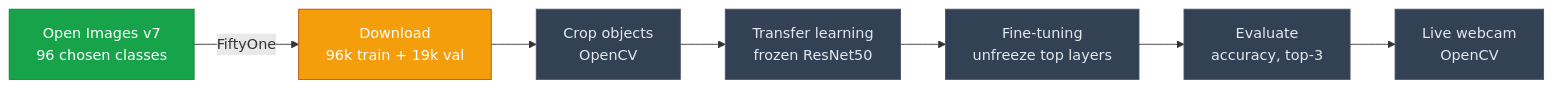
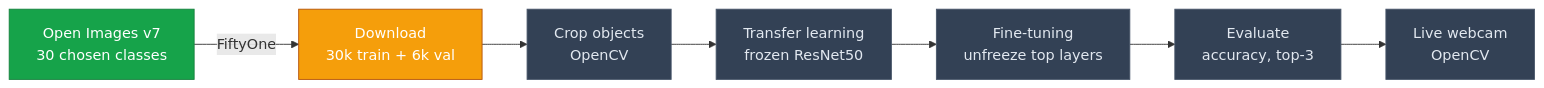
The diagram in README.md (python-is-life2022/image-classification-resnet-finetuning), drawn with Mermaid before and after one commit. The commit also changed other lines of this file, not shown here.

````diff
--- a/README.md
+++ b/README.md
@@ -37,16 +37,16 @@
 ```mermaid
 flowchart LR
-    A["Open Images v7<br/>96 chosen classes"] -->|FiftyOne| B["Download<br/>96k train + 19k val"]
+    A["Open Images v7<br/>30 chosen classes"] -->|FiftyOne| B["Download<br/>30k train + 6k val"]
     B --> C["Crop objects<br/>OpenCV"]
     C --> D["Transfer learning<br/>frozen ResNet50"]
     D --> E["Fine-tuning<br/>unfreeze top layers"]
     E --> F["Evaluate<br/>accuracy, top-3"]
     F --> G["Live webcam<br/>OpenCV"]
 
     classDef done fill:#16a34a,stroke:#15803d,color:#fff;
     classDef wip fill:#f59e0b,stroke:#b45309,color:#fff;
     classDef todo fill:#334155,stroke:#475569,color:#e2e8f0;
     class A done;
     class B wip;
     class C,D,E,F,G todo;
 ```
````
